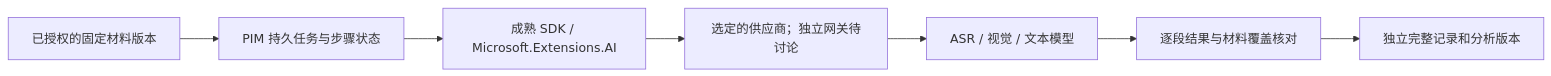
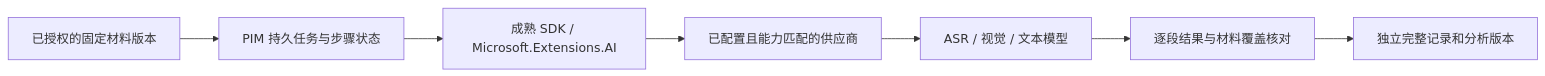
One commit to 2746267826/pim-api changed the diagram in docs/architecture/ai-invocation-foundation.md. Above: the diagram before and after it, drawn with Mermaid. The commit also changed other lines of this file and 3 other files, not shown here.

First line of the commit message:
docs: align SDK UI roadmap and progress / 同步SDK原生组件路线与四类进度

````diff
--- a/docs/architecture/ai-invocation-foundation.md
+++ b/docs/architecture/ai-invocation-foundation.md
@@ -52,9 +54,9 @@
 ```mermaid
 flowchart LR
     A[已授权的固定材料版本] --> B[PIM 持久任务与步骤状态]
     B --> C[成熟 SDK / Microsoft.Extensions.AI]
-    C --> D[选定的供应商；独立网关待讨论]
+    C --> D[已配置且能力匹配的供应商]
     D --> E[ASR / 视觉 / 文本模型]
     E --> F[逐段结果与材料覆盖核对]
     F --> G[独立完整记录和分析版本]
 ```
````
